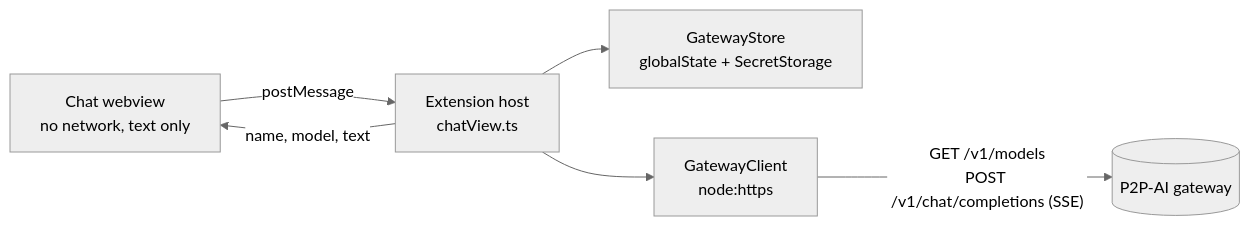
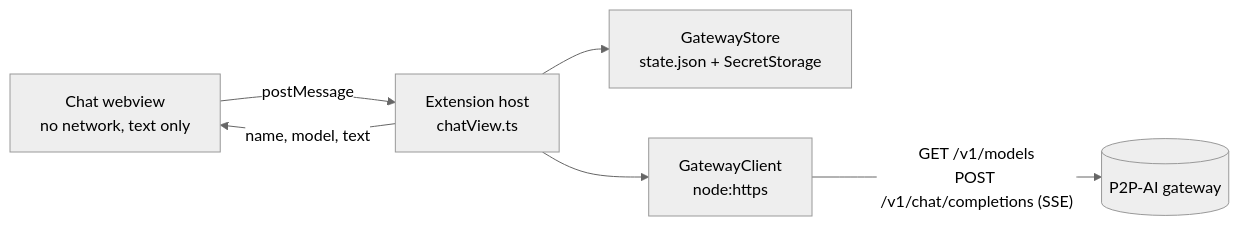
Before and after one commit to Shatoshinakamoto/P2P-AI-IDE: the first of 3 diagrams in docs/features/vscode-extension.md, drawn with Mermaid (neutral theme). The commit also changed other lines of this file and 172 other files, not shown here.

````diff
--- a/docs/features/vscode-extension.md
+++ b/docs/features/vscode-extension.md
@@ -30,8 +48,8 @@
 ```mermaid
 flowchart LR
   W[Chat webview<br/>no network, text only] -- postMessage --> E[Extension host<br/>chatView.ts]
   E -- name, model, text --> W
-  E --> S[GatewayStore<br/>globalState + SecretStorage]
+  E --> S[GatewayStore<br/>state.json + SecretStorage]
   E --> C[GatewayClient<br/>node:https]
   C -- "GET /v1/models<br/>POST /v1/chat/completions (SSE)" --> G[(P2P-AI gateway)]
 ```
````
